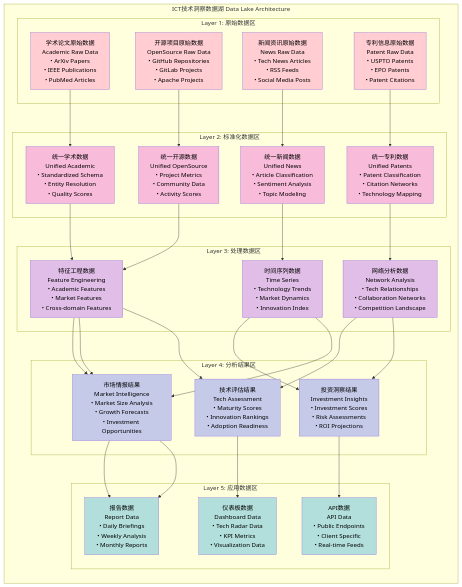
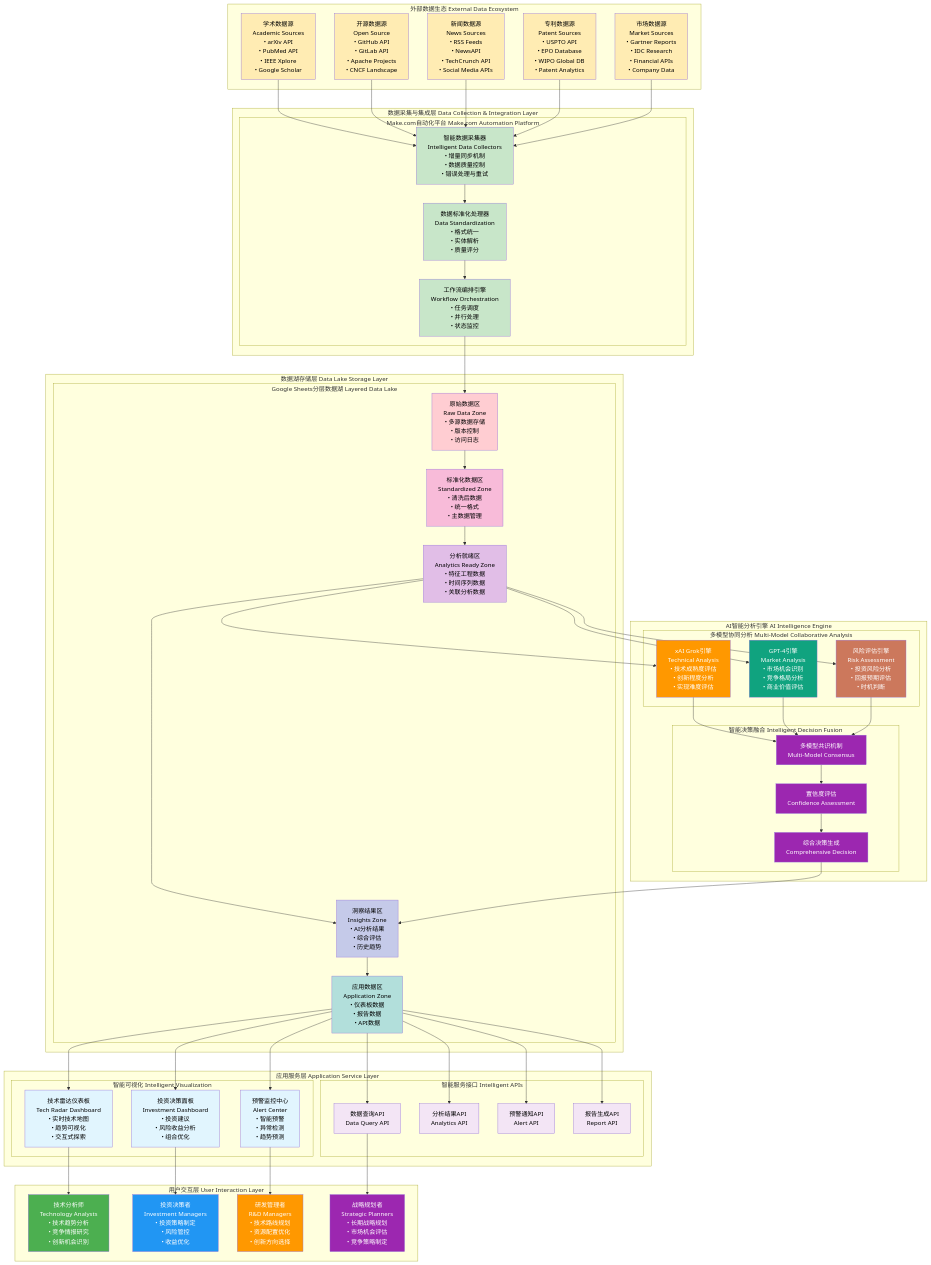
The second of 8 diagrams in doc/ict-insight.md (wisdom-future/ict-weekly-reports), drawn with Mermaid before and after one commit. The commit also changed other lines of this file, not shown here.

````diff
--- a/doc/ict-insight.md
+++ b/doc/ict-insight.md
@@ -83,63 +86,136 @@
 ```mermaid
-graph LR
-    subgraph "ICT技术洞察数据湖 Data Lake Architecture"
-        subgraph "Layer 1: 原始数据区"
-            R1[学术论文原始数据<br/>Academic Raw Data<br/>• ArXiv Papers<br/>• IEEE Publications<br/>• PubMed Articles]
-            R2[开源项目原始数据<br/>OpenSource Raw Data<br/>• GitHub Repositories<br/>• GitLab Projects<br/>• Apache Projects]
-            R3[新闻资讯原始数据<br/>News Raw Data<br/>• Tech News Articles<br/>• RSS Feeds<br/>• Social Media Posts]
-            R4[专利信息原始数据<br/>Patent Raw Data<br/>• USPTO Patents<br/>• EPO Patents<br/>• Patent Citations]
-        end
-        
-        subgraph "Layer 2: 标准化数据区"
-            S1[统一学术数据<br/>Unified Academic<br/>• Standardized Schema<br/>• Entity Resolution<br/>• Quality Scores]
-            S2[统一开源数据<br/>Unified OpenSource<br/>• Project Metrics<br/>• Community Data<br/>• Activity Scores]
-            S3[统一新闻数据<br/>Unified News<br/>• Article Classification<br/>• Sentiment Analysis<br/>• Topic Modeling]
-            S4[统一专利数据<br/>Unified Patents<br/>• Patent Classification<br/>• Citation Networks<br/>• Technology Mapping]
-        end
-        
-        subgraph "Layer 3: 处理数据区"
-            P1[特征工程数据<br/>Feature Engineering<br/>• Academic Features<br/>• Market Features<br/>• Cross-domain Features]
-            P2[时间序列数据<br/>Time Series<br/>• Technology Trends<br/>• Market Dynamics<br/>• Innovation Index]
-            P3[网络分析数据<br/>Network Analysis<br/>• Tech Relationships<br/>• Collaboration Networks<br/>• Competition Landscape]
-        end
-        
-        subgraph "Layer 4: 分析结果区"
-            A1[技术评估结果<br/>Tech Assessment<br/>• Maturity Scores<br/>• Innovation Rankings<br/>• Adoption Readiness]
-            A2[市场情报结果<br/>Market Intelligence<br/>• Market Size Analysis<br/>• Growth Forecasts<br/>• Investment Opportunities]
-            A3[投资洞察结果<br/>Investment Insights<br/>• Investment Scores<br/>• Risk Assessments<br/>• ROI Projections]
-        end
-        
-        subgraph "Layer 5: 应用数据区"
-            AP1[仪表板数据<br/>Dashboard Data<br/>• Tech Radar Data<br/>• KPI Metrics<br/>• Visualization Data]
-            AP2[报告数据<br/>Report Data<br/>• Daily Briefings<br/>• Weekly Analysis<br/>• Monthly Reports]
-            AP3[API数据<br/>API Data<br/>• Public Endpoints<br/>• Client Specific<br/>• Real-time Feeds]
+graph TB
+    subgraph "外部数据生态 External Data Ecosystem"
+        EXT1[学术数据源<br/>Academic Sources<br/>• arXiv API<br/>• PubMed API<br/>• IEEE Xplore<br/>• Google Scholar]
+        EXT2[开源数据源<br/>Open Source<br/>• GitHub API<br/>• GitLab API<br/>• Apache Projects<br/>• CNCF Landscape]
+        EXT3[新闻数据源<br/>News Sources<br/>• RSS Feeds<br/>• NewsAPI<br/>• TechCrunch API<br/>• Social Media APIs]
+        EXT4[专利数据源<br/>Patent Sources<br/>• USPTO API<br/>• EPO Database<br/>• WIPO Global DB<br/>• Patent Analytics]
+        EXT5[市场数据源<br/>Market Sources<br/>• Gartner Reports<br/>• IDC Research<br/>• Financial APIs<br/>• Company Data]
+    end
+    
+    subgraph "数据采集与集成层 Data Collection & Integration Layer"
+        subgraph "Make.com自动化平台 Make.com Automation Platform"
+            INT1[智能数据采集器<br/>Intelligent Data Collectors<br/>• 增量同步机制<br/>• 数据质量控制<br/>• 错误处理与重试]
+            INT2[数据标准化处理器<br/>Data Standardization<br/>• 格式统一<br/>• 实体解析<br/>• 质量评分]
+            INT3[工作流编排引擎<br/>Workflow Orchestration<br/>• 任务调度<br/>• 并行处理<br/>• 状态监控]
         end
     end
     
-    R1 --> S1 --> P1 --> A1 --> AP1
-    R2 --> S2 --> P1 --> A2 --> AP2
-    R3 --> S3 --> P2 --> A2 --> AP2
-    R4 --> S4 --> P3 --> A3 --> AP3
+    subgraph "数据湖存储层 Data Lake Storage Layer"
+        subgraph "Google Sheets分层数据湖 Layered Data Lake"
+            LAKE1[原始数据区<br/>Raw Data Zone<br/>• 多源数据存储<br/>• 版本控制<br/>• 访问日志]
+            LAKE2[标准化数据区<br/>Standardized Zone<br/>• 清洗后数据<br/>• 统一格式<br/>• 主数据管理]
+            LAKE3[分析就绪区<br/>Analytics Ready Zone<br/>• 特征工程数据<br/>• 时间序列数据<br/>• 关联分析数据]
+            LAKE4[洞察结果区<br/>Insights Zone<br/>• AI分析结果<br/>• 综合评估<br/>• 历史趋势]
+            LAKE5[应用数据区<br/>Application Zone<br/>• 仪表板数据<br/>• 报告数据<br/>• API数据]
+        end
+    end
     
-    P1 --> A2
-    P2 --> A3
-    P3 --> A1
+    subgraph "AI智能分析引擎 AI Intelligence Engine"
+        subgraph "多模型协同分析 Multi-Model Collaborative Analysis"
+            AI1[xAI Grok引擎<br/>Technical Analysis<br/>• 技术成熟度评估<br/>• 创新程度分析<br/>• 实现难度评估]
+            AI2[GPT-4引擎<br/>Market Analysis<br/>• 市场机会识别<br/>• 竞争格局分析<br/>• 商业价值评估]
+            AI3[风险评估引擎<br/>Risk Assessment<br/>• 投资风险分析<br/>• 回报预期评估<br/>• 时机判断]
+        end
+        
+        subgraph "智能决策融合 Intelligent Decision Fusion"
+            FUSION1[多模型共识机制<br/>Multi-Model Consensus]
+            FUSION2[置信度评估<br/>Confidence Assessment]
+            FUSION3[综合决策生成<br/>Comprehensive Decision]
+        end
+    end
     
-    style R1 fill:#ffcdd2,color:#000
-    style R2 fill:#ffcdd2,color:#000
-    style R3 fill:#ffcdd2,color:#000
-    style R4 fill:#ffcdd2,color:#000
-    style S1 fill:#f8bbd9,color:#000
-    style S2 fill:#f8bbd9,color:#000
-    style S3 fill:#f8bbd9,color:#000
-    style S4 fill:#f8bbd9,color:#000
-    style P1 fill:#e1bee7,color:#000
-    style P2 fill:#e1bee7,color:#000
-    style P3 fill:#e1bee7,color:#000
-    style A1 fill:#c5cae9,color:#000
-    style A2 fill:#c5cae9,color:#000
-    style A3 fill:#c5cae9,color:#000
-    style AP1 fill:#b2dfdb,color:#000
-    style AP2 fill:#b2dfdb,color:#000
-    style AP3 fill:#b2dfdb,color:#000
+    subgraph "应用服务层 Application Service Layer"
+        subgraph "智能可视化 Intelligent Visualization"
+            VIS1[技术雷达仪表板<br/>Tech Radar Dashboard<br/>• 实时技术地图<br/>• 趋势可视化<br/>• 交互式探索]
+            VIS2[投资决策面板<br/>Investment Dashboard<br/>• 投资建议<br/>• 风险收益分析<br/>• 组合优化]
+            VIS3[预警监控中心<br/>Alert Center<br/>• 智能预警<br/>• 异常检测<br/>• 趋势预测]
+        end
+        
+        subgraph "智能服务接口 Intelligent APIs"
+            API1[数据查询API<br/>Data Query API]
+            API2[分析结果API<br/>Analytics API]
+            API3[预警通知API<br/>Alert API]
+            API4[报告生成API<br/>Report API]
+        end
+    end
+    
+    subgraph "用户交互层 User Interaction Layer"
+        USER1[技术分析师<br/>Technology Analysts<br/>• 技术趋势分析<br/>• 竞争情报研究<br/>• 创新机会识别]
+        USER2[投资决策者<br/>Investment Managers<br/>• 投资策略制定<br/>• 风险管控<br/>• 收益优化]
+        USER3[研发管理者<br/>R&D Managers<br/>• 技术路线规划<br/>• 资源配置优化<br/>• 创新方向选择]
+        USER4[战略规划者<br/>Strategic Planners<br/>• 长期战略规划<br/>• 市场机会评估<br/>• 竞争策略制定]
+    end
+    
+    EXT1 --> INT1
+    EXT2 --> INT1
+    EXT3 --> INT1
+    EXT4 --> INT1
+    EXT5 --> INT1
+    
+    INT1 --> INT2
+    INT2 --> INT3
+    
+    INT3 --> LAKE1
+    LAKE1 --> LAKE2
+    LAKE2 --> LAKE3
+    LAKE3 --> LAKE4
+    LAKE4 --> LAKE5
+    
+    LAKE3 --> AI1
+    LAKE3 --> AI2
+    LAKE3 --> AI3
+    
+    AI1 --> FUSION1
+    AI2 --> FUSION1
+    AI3 --> FUSION1
+    
+    FUSION1 --> FUSION2
+    FUSION2 --> FUSION3
+    
+    FUSION3 --> LAKE4
+    LAKE5 --> VIS1
+    LAKE5 --> VIS2
+    LAKE5 --> VIS3
+    
+    LAKE5 --> API1
+    LAKE5 --> API2
+    LAKE5 --> API3
+    LAKE5 --> API4
+    
+    VIS1 --> USER1
+    VIS2 --> USER2
+    VIS3 --> USER3
+    API1 --> USER4
+    
+    style EXT1 fill:#ffecb3,color:#000
+    style EXT2 fill:#ffecb3,color:#000
+    style EXT3 fill:#ffecb3,color:#000
+    style EXT4 fill:#ffecb3,color:#000
+    style EXT5 fill:#ffecb3,color:#000
+    style INT1 fill:#c8e6c9,color:#000
+    style INT2 fill:#c8e6c9,color:#000
+    style INT3 fill:#c8e6c9,color:#000
+    style LAKE1 fill:#ffcdd2,color:#000
+    style LAKE2 fill:#f8bbd9,color:#000
+    style LAKE3 fill:#e1bee7,color:#000
+    style LAKE4 fill:#c5cae9,color:#000
+    style LAKE5 fill:#b2dfdb,color:#000
+    style AI1 fill:#ff9800,color:#fff
+    style AI2 fill:#10a37f,color:#fff
+    style AI3 fill:#cc785c,color:#fff
+    style FUSION1 fill:#9c27b0,color:#fff
+    style FUSION2 fill:#9c27b0,color:#fff
+    style FUSION3 fill:#9c27b0,color:#fff
+    style VIS1 fill:#e1f5fe,color:#000
+    style VIS2 fill:#e1f5fe,color:#000
+    style VIS3 fill:#e1f5fe,color:#000
+    style API1 fill:#f3e5f5,color:#000
+    style API2 fill:#f3e5f5,color:#000
+    style API3 fill:#f3e5f5,color:#000
+    style API4 fill:#f3e5f5,color:#000
+    style USER1 fill:#4caf50,color:#fff
+    style USER2 fill:#2196f3,color:#fff
+    style USER3 fill:#ff9800,color:#fff
+    style USER4 fill:#9c27b0,color:#fff
 ```
````
